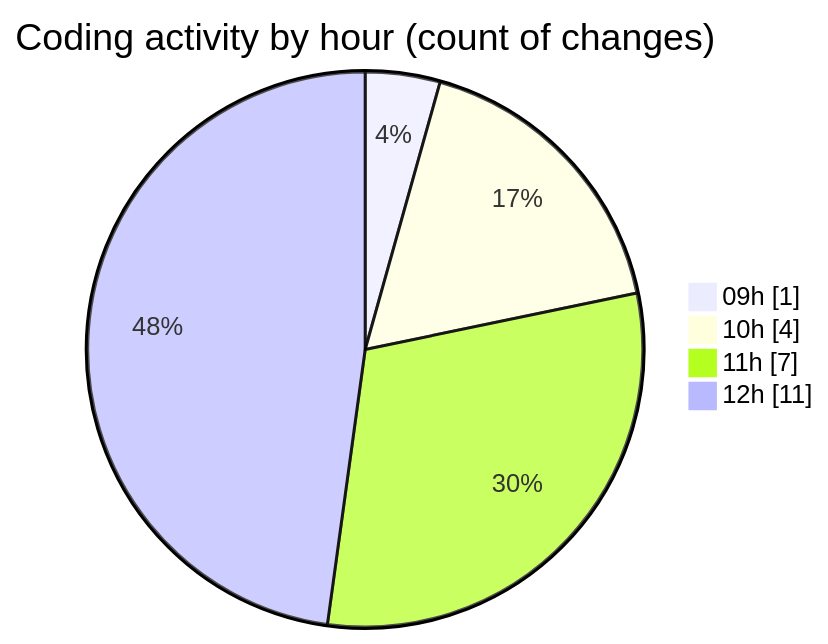
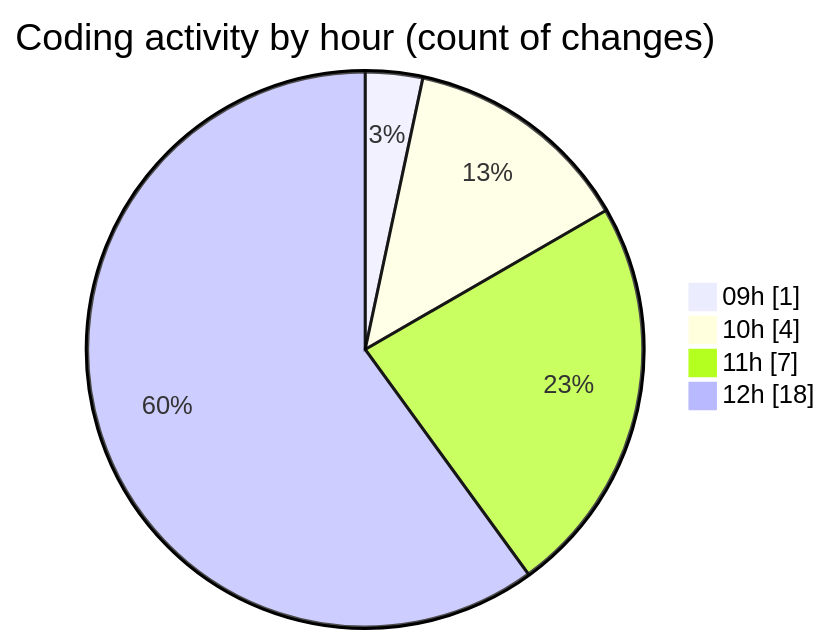
The second of 2 diagrams in 2025-04-07/cda/README.md (momahboobian/code-tracking), drawn with Mermaid before and after one commit. The commit also changed other lines of this file and 1 other file, not shown here.

````diff
--- a/2025-04-07/cda/README.md
+++ b/2025-04-07/cda/README.md
@@ -33,8 +33,8 @@
 ```mermaid
 pie showData
 title Coding activity by hour (count of changes)
 "09h" : 1
 "10h" : 4
 "11h" : 7
-"12h" : 11
+"12h" : 18
 ```
````
